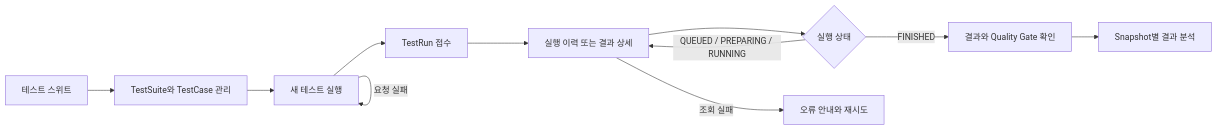
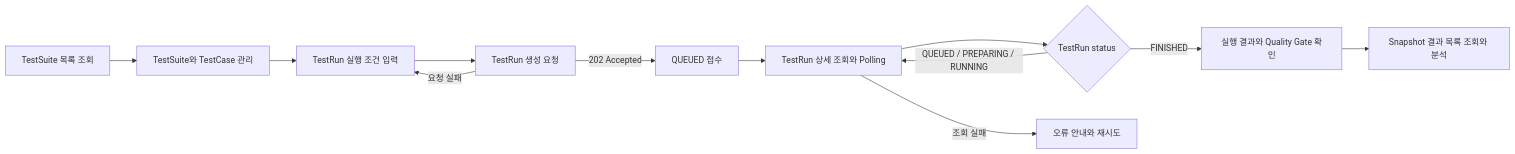
One commit to GuardBench/guardbench-frontend changed the first of 5 diagrams in docs/product/user-flows.md. Above: the diagram before and after it, drawn with Mermaid. The commit also changed other lines of this file, not shown here.

Commit message:
docs: 사용자 흐름 상태 축과 조회 순서 명확화

````diff
--- a/docs/product/user-flows.md
+++ b/docs/product/user-flows.md
@@ -34,13 +34,14 @@
 ```mermaid
 flowchart LR
-    A[테스트 스위트] --> B[TestSuite와 TestCase 관리]
-    B --> C[새 테스트 실행]
-    C --> D[TestRun 접수]
-    D --> E[실행 이력 또는 결과 상세]
-    E --> F{실행 상태}
-    F -->|QUEUED / PREPARING / RUNNING| E
-    F -->|FINISHED| G[결과와 Quality Gate 확인]
-    G --> H[Snapshot별 결과 분석]
-    C -->|요청 실패| C
-    E -->|조회 실패| I[오류 안내와 재시도]
+    A[TestSuite 목록 조회] --> B[TestSuite와 TestCase 관리]
+    B --> C[TestRun 실행 조건 입력]
+    C --> D[TestRun 생성 요청]
+    D -->|202 Accepted| E[QUEUED 접수]
+    E --> F[TestRun 상세 조회와 Polling]
+    F --> G{TestRun status}
+    G -->|QUEUED / PREPARING / RUNNING| F
+    G -->|FINISHED| H[실행 결과와 Quality Gate 확인]
+    H --> I[Snapshot 결과 목록 조회와 분석]
+    D -->|요청 실패| C
+    F -->|조회 실패| J[오류 안내와 재시도]
 ```
````
